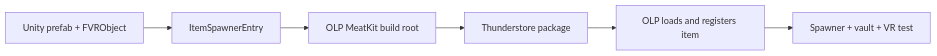
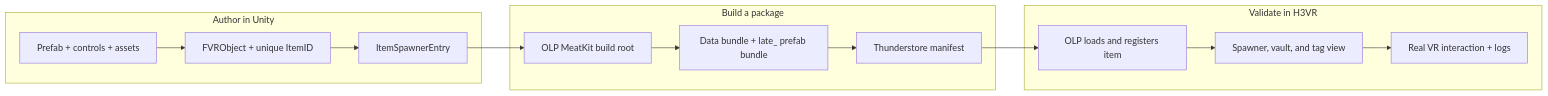
The diagram in docs/weapons/custom-weapons-stratum-mason.md (haohlin/H3VR-modding-handbook), drawn with Mermaid before and after one commit. The commit also changed other lines of this file and 3 other files, not shown here.

```diff
--- a/docs/weapons/custom-weapons-stratum-mason.md
+++ b/docs/weapons/custom-weapons-stratum-mason.md
@@ -7,8 +19,19 @@
 ~~~mermaid
 flowchart LR
-  content[Unity prefab + FVRObject] --> entry[ItemSpawnerEntry]
-  entry --> root[OLP MeatKit build root]
-  root --> package[Thunderstore package]
-  package --> olp[OLP loads and registers item]
-  olp --> test[Spawner + vault + VR test]
+  subgraph unity[Author in Unity]
+    prefab[Prefab + controls + assets]
+    fvr[FVRObject + unique ItemID]
+    entry[ItemSpawnerEntry]
+  end
+  subgraph package[Build a package]
+    root[OLP MeatKit build root]
+    bundle[Data bundle + late_ prefab bundle]
+    manifest[Thunderstore manifest]
+  end
+  subgraph runtime[Validate in H3VR]
+    loader[OLP loads and registers item]
+    spawner[Spawner, vault, and tag view]
+    vr[Real VR interaction + logs]
+  end
+  prefab --> fvr --> entry --> root --> bundle --> manifest --> loader --> spawner --> vr
 ~~~
```
